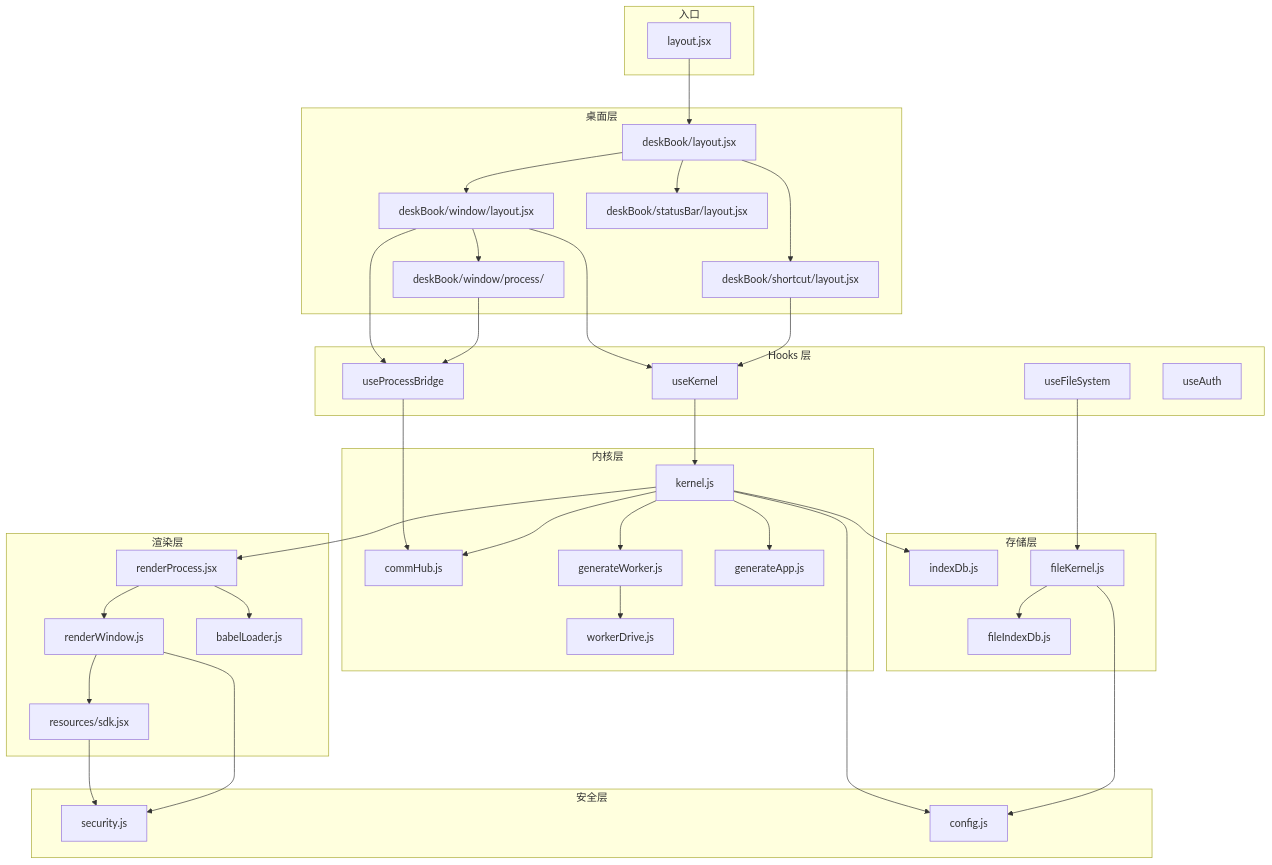
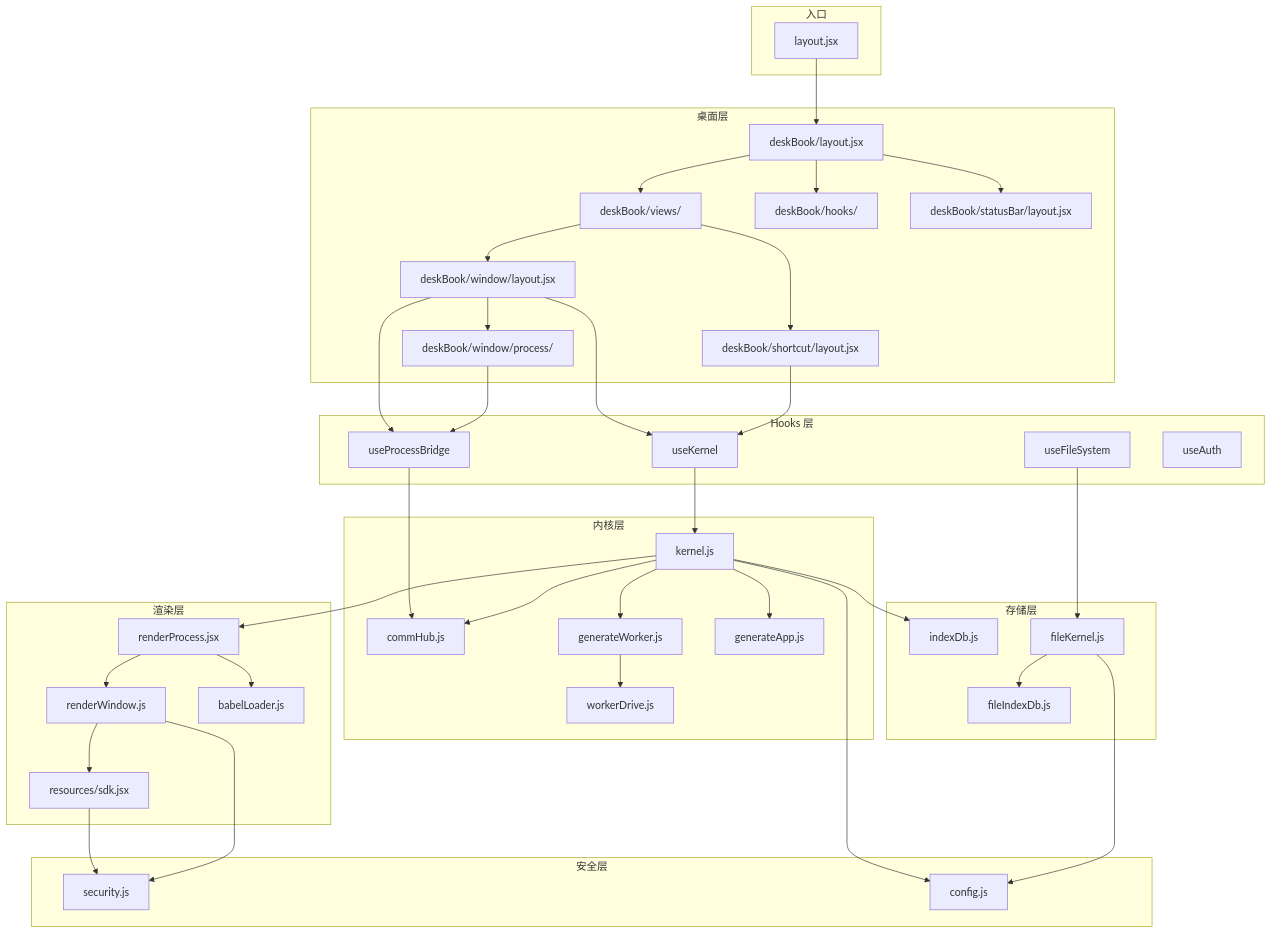
The fourth of 4 diagrams in docs/module/00-overview.md (suluwanqing/sukinOS), drawn with Mermaid before and after one commit. The commit also changed 175 other files, not shown here.

```diff
--- a/docs/module/00-overview.md
+++ b/docs/module/00-overview.md
@@ -310,6 +310,8 @@
 
     subgraph DeskBookLayer["桌面层"]
         DB_Layout["deskBook/layout.jsx"]
+        DB_Views["deskBook/views/"]
+        DB_DeskHooks["deskBook/hooks/"]
         DB_Window["deskBook/window/layout.jsx"]
         DB_Process["deskBook/window/process/"]
         DB_Shortcut["deskBook/shortcut/layout.jsx"]
@@ -317,8 +319,10 @@
     end
 
     Layout --> DB_Layout
-    DB_Layout --> DB_Window
-    DB_Layout --> DB_Shortcut
+    DB_Layout --> DB_Views
+    DB_Layout --> DB_DeskHooks
+    DB_Views --> DB_Window
+    DB_Views --> DB_Shortcut
     DB_Layout --> DB_Status
     DB_Window --> DB_Process
 
```
